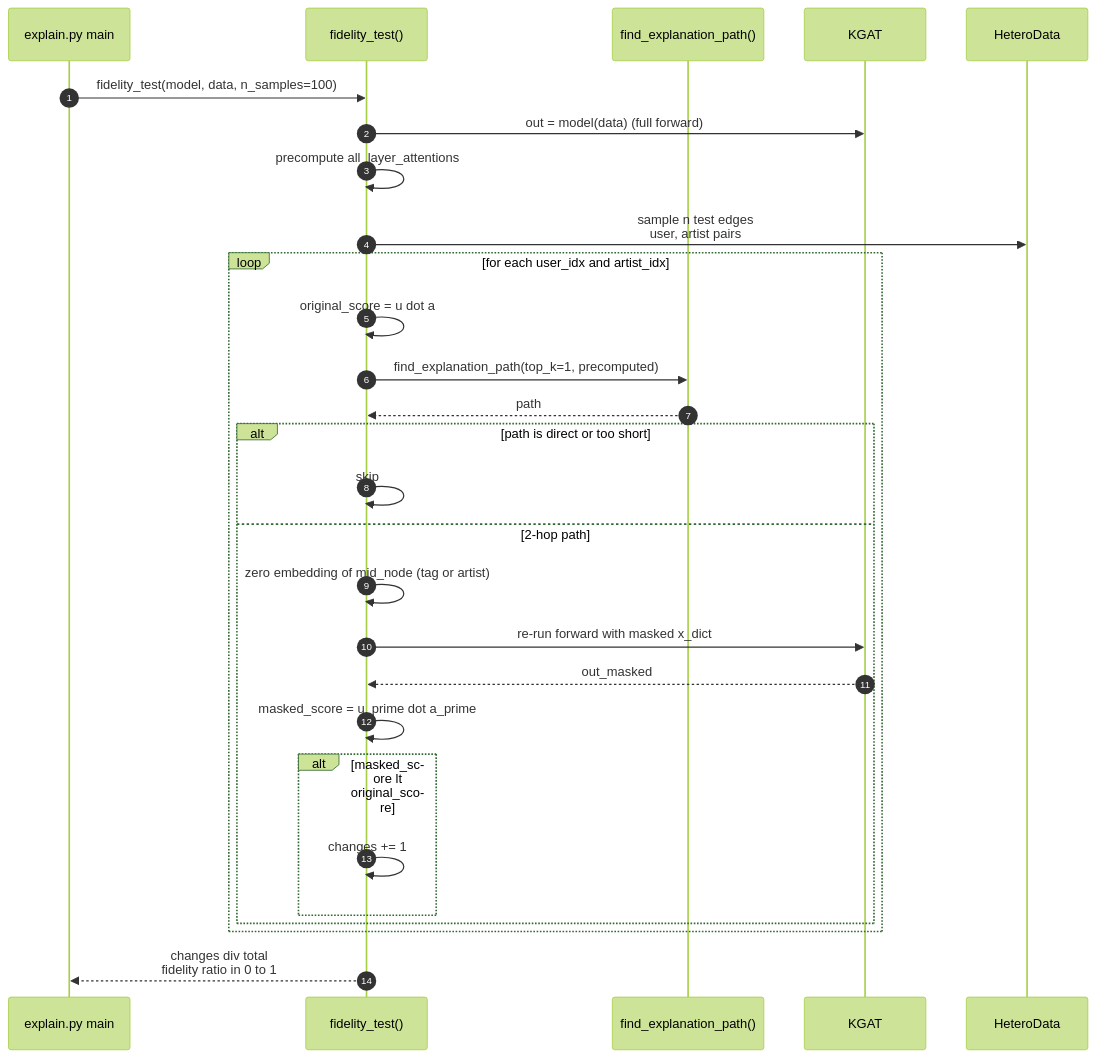
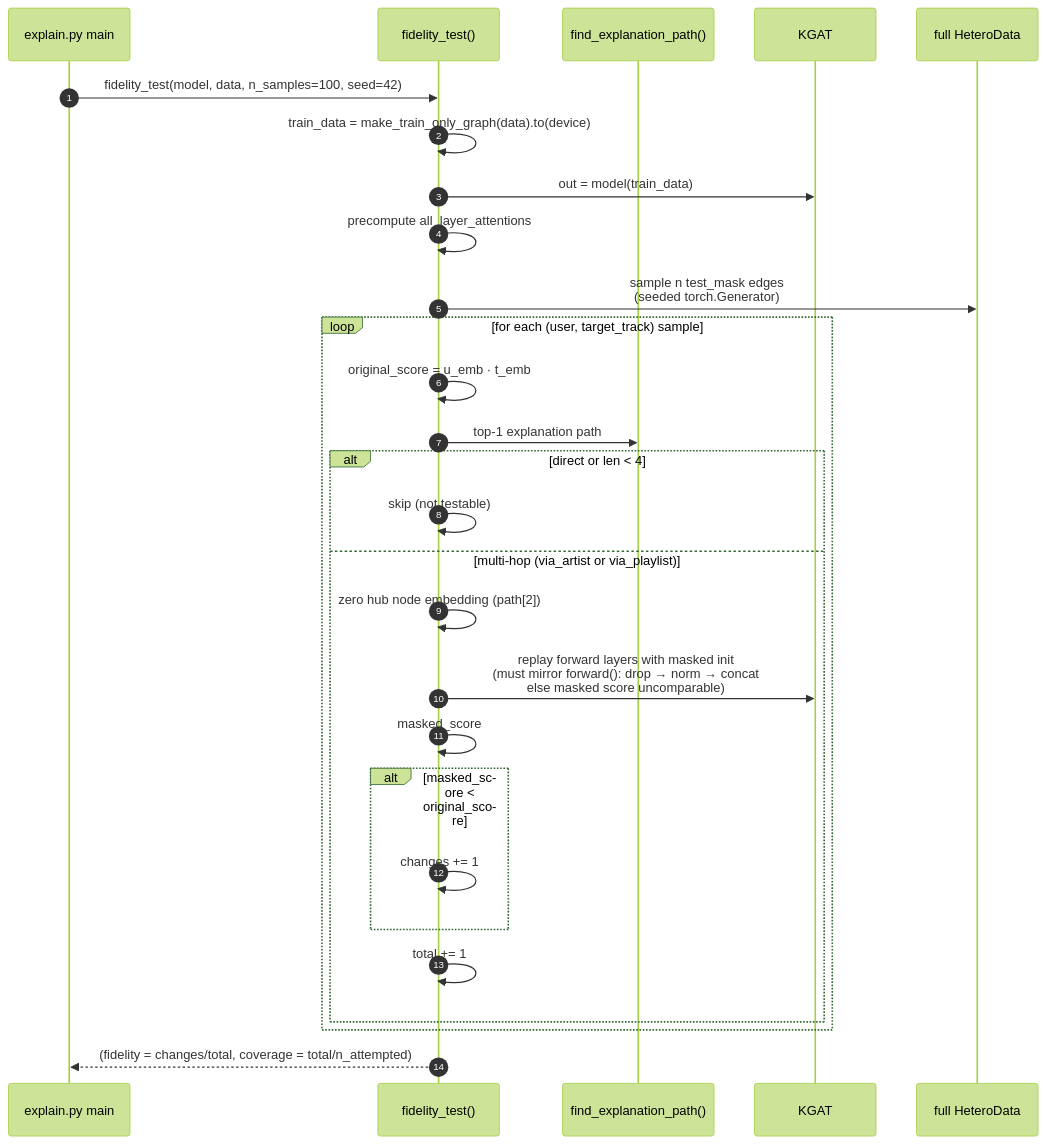
One commit to ogligorov/kgat-music-recommender changed the ninth of 10 diagrams in docs/architecture.md. Above: the diagram before and after it, drawn with Mermaid (forest theme). The commit also changed other lines of this file and 10 other files, not shown here.

````diff
--- a/docs/architecture.md
+++ b/docs/architecture.md
@@ -360,35 +441,33 @@
 ```mermaid
 sequenceDiagram
     autonumber
     participant CLI as explain.py main
     participant FT as fidelity_test()
     participant X as find_explanation_path()
     participant M as KGAT
-    participant D as HeteroData
+    participant D as full HeteroData
 
-    CLI->>FT: fidelity_test(model, data, n_samples=100)
-    FT->>M: out = model(data) (full forward)
+    CLI->>FT: fidelity_test(model, data, n_samples=100, seed=42)
+    FT->>FT: train_data = make_train_only_graph(data).to(device)
+    FT->>M: out = model(train_data)
     FT->>FT: precompute all_layer_attentions
+    FT->>D: sample n test_mask edges<br/>(seeded torch.Generator)
 
-    FT->>D: sample n test edges<br/>user, artist pairs
-
-    loop for each user_idx and artist_idx
-        FT->>FT: original_score = u dot a
-        FT->>X: find_explanation_path(top_k=1, precomputed)
-        X-->>FT: path
-
-        alt path is direct or too short
-            FT->>FT: skip
-        else 2-hop path
-            FT->>FT: zero embedding of mid_node (tag or artist)
-            FT->>M: re-run forward with masked x_dict
-            M-->>FT: out_masked
-            FT->>FT: masked_score = u_prime dot a_prime
-            alt masked_score lt original_score
+    loop for each (user, target_track) sample
+        FT->>FT: original_score = u_emb · t_emb
+        FT->>X: top-1 explanation path
+        alt direct or len < 4
+            FT->>FT: skip (not testable)
+        else multi-hop (via_artist or via_playlist)
+            FT->>FT: zero hub node embedding (path[2])
+            FT->>M: replay forward layers with masked init<br/>(must mirror forward(): drop → norm → concat<br/>else masked score uncomparable)
+            FT->>FT: masked_score
+            alt masked_score < original_score
                 FT->>FT: changes += 1
             end
+            FT->>FT: total += 1
         end
     end
 
-    FT-->>CLI: changes div total<br/>fidelity ratio in 0 to 1
+    FT-->>CLI: (fidelity = changes/total, coverage = total/n_attempted)
 ```
````
